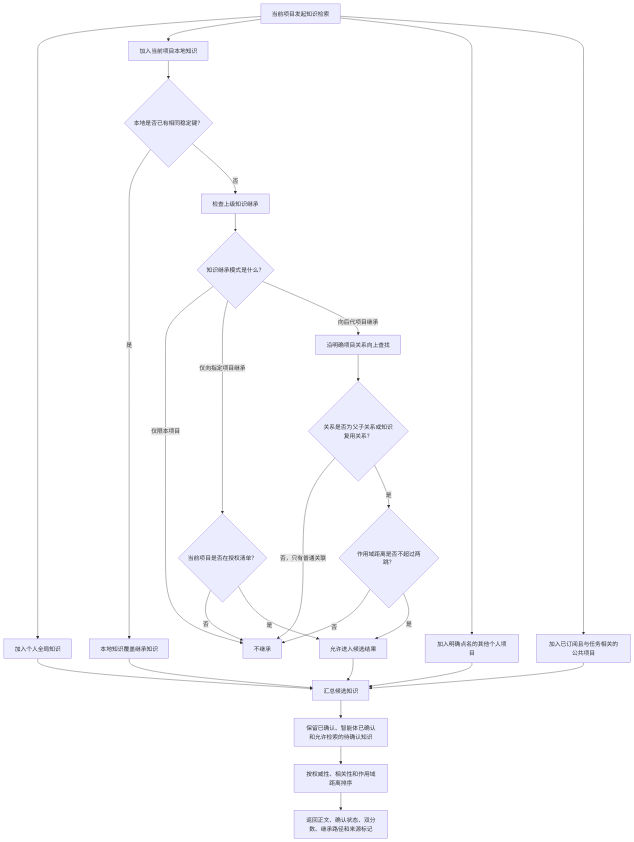
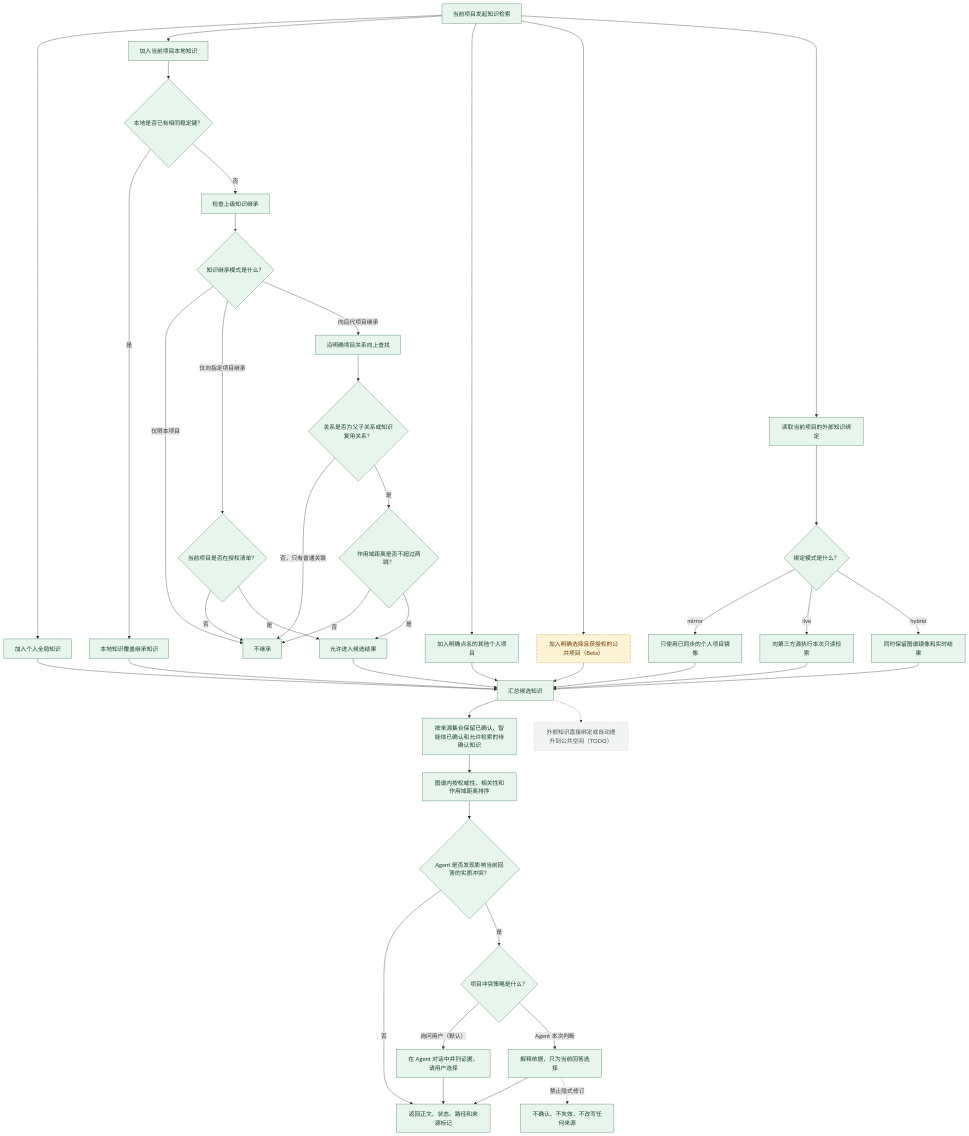
The second of 4 diagrams in acceptance/知识检索与确认流程图.md (JevonsCode/fuli), drawn with Mermaid before and after one commit. The commit also changed other lines of this file and 323 other files, not shown here.

````diff
--- a/acceptance/知识检索与确认流程图.md
+++ b/acceptance/知识检索与确认流程图.md
@@ -27,29 +30,52 @@
 ```mermaid
 flowchart TD
     A["当前项目发起知识检索"] --> B["加入个人全局知识"]
     A --> C["加入当前项目本地知识"]
     A --> D["加入明确点名的其他个人项目"]
-    A --> E["加入已订阅且与任务相关的公共项目"]
+    A --> E["加入明确选择且获授权的公共项目（Beta）"]
+    A --> X["读取当前项目的外部知识绑定"]
+    X --> X1{"绑定模式是什么？"}
+    X1 -- "mirror" --> X2["只使用已同步的个人项目镜像"]
+    X1 -- "live" --> X3["向第三方源执行本次只读检索"]
+    X1 -- "hybrid" --> X4["同时保留图谱镜像和实时结果"]
     C --> F{"本地是否已有相同稳定键？"}
     F -- "是" --> G["本地知识覆盖继承知识"]
     F -- "否" --> H["检查上级知识继承"]
     H --> I{"知识继承模式是什么？"}
     I -- "仅限本项目" --> J["不继承"]
     I -- "仅向指定项目继承" --> K{"当前项目是否在授权清单？"}
     K -- "否" --> J
     K -- "是" --> L["允许进入候选结果"]
     I -- "向后代项目继承" --> M["沿明确项目关系向上查找"]
     M --> N{"关系是否为父子关系或知识复用关系？"}
     N -- "否，只有普通关联" --> J
     N -- "是" --> O{"作用域距离是否不超过两跳？"}
     O -- "否" --> J
     O -- "是" --> L
     B --> P["汇总候选知识"]
     D --> P
     E --> P
+    X2 --> P
+    X3 --> P
+    X4 --> P
     G --> P
     L --> P
-    P --> Q["保留已确认、智能体已确认和允许检索的待确认知识"]
-    Q --> R["按权威性、相关性和作用域距离排序"]
-    R --> S["返回正文、确认状态、双分数、继承路径和来源标记"]
+    P --> Q["按来源集合保留已确认、智能体已确认和允许检索的待确认知识"]
+    Q --> R["图谱内按权威性、相关性和作用域距离排序"]
+    R --> T{"Agent 是否发现影响当前回答的实质冲突？"}
+    T -- "否" --> S["返回正文、状态、路径和来源标记"]
+    T -- "是" --> U{"项目冲突策略是什么？"}
+    U -- "询问用户（默认）" --> V["在 Agent 对话中并列证据，请用户选择"]
+    U -- "Agent 本次判断" --> W["解释依据，只为当前回答选择"]
+    V --> S
+    W --> S
+    W -. "禁止隐式修订" .-> Z["不确认、不失效、不改写任何来源"]
+    P -.-> Y["外部知识直接绑定或自动提升到公共空间（TODO）"]
+
+    classDef done fill:#e8f5ed,stroke:#3f7f5d,color:#173d29;
+    classDef beta fill:#fff3d6,stroke:#c8841a,color:#5f3a00,stroke-dasharray:6 3;
+    classDef todo fill:#f2f3f3,stroke:#89918b,color:#4d5350,stroke-dasharray:2 4;
+    class A,B,C,D,X,X1,X2,X3,X4,F,G,H,I,J,K,L,M,N,O,P,Q,R,T,S,U,V,W,Z done;
+    class E beta;
+    class Y todo;
 ```
````
